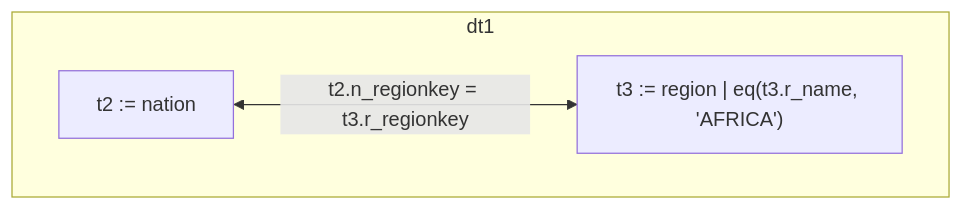
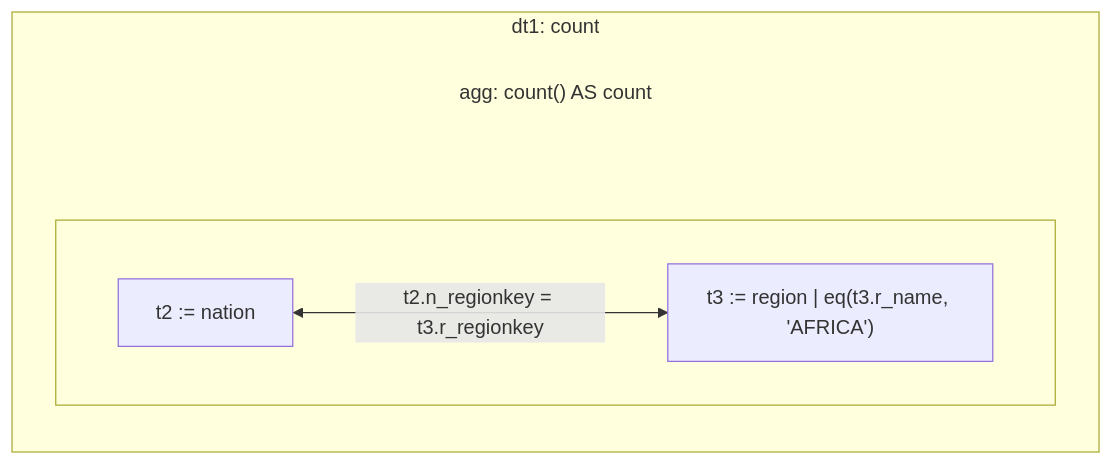
The third of 4 diagrams in axiom/optimizer/README.md (mbasmanova/verax), drawn with Mermaid before and after one commit. The commit also changed other lines of this file and 3 other files, not shown here.

````diff
--- a/axiom/optimizer/README.md
+++ b/axiom/optimizer/README.md
@@ -158,9 +161,18 @@
 ```mermaid
-flowchart LR
-  subgraph dt1
-    direction LR
-    t2["t2 := nation"]
-    t3["t3 := region | eq(t3.r_name, 'AFRICA')"]
-    t2 <-->|t2.n_regionkey = t3.r_regionkey| t3
+flowchart TD
+  subgraph dt1["dt1: count"]
+    direction TB
+    agg["agg: count() AS count"]:::transparent
+    subgraph y[" "]
+      direction LR
+      t2["t2 := nation"]
+      t3["t3 := region | eq(t3.r_name, 'AFRICA')"]
+      t2 <-->|t2.n_regionkey = t3.r_regionkey| t3
+    end
   end
+
+  agg e1@--- y
+
+  classDef transparent fill:transparent, stroke-width:0
+  class e1 transparent
 ```
````
